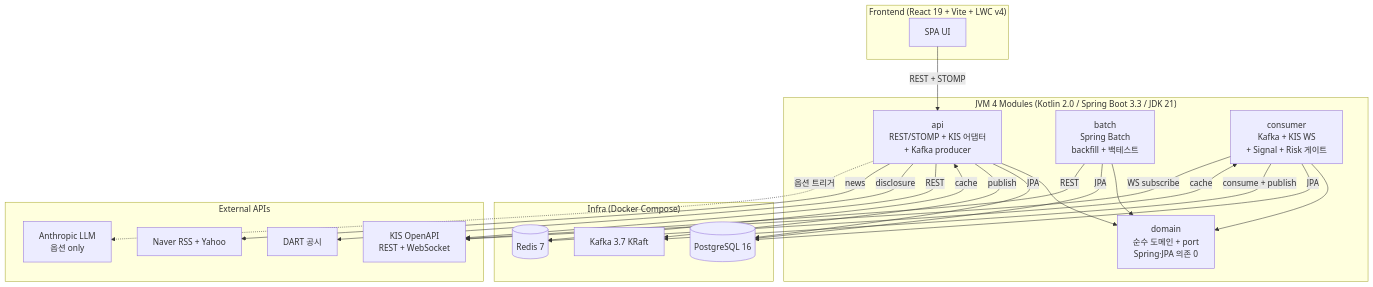
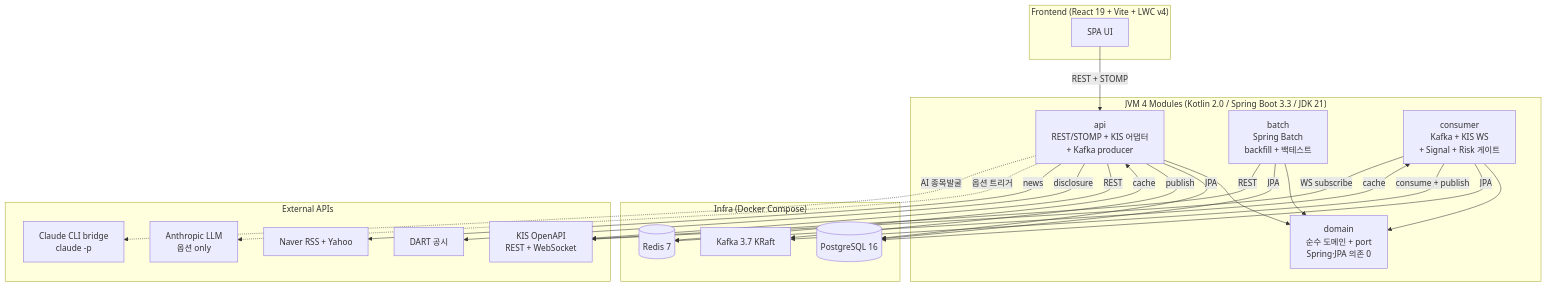
Before and after one commit to sp-daewoon/magicJar: the third of 5 diagrams in README.md, drawn with Mermaid. The commit also changed other lines of this file and 18 other files, not shown here.

````diff
--- a/README.md
+++ b/README.md
@@ -195,44 +239,46 @@
 ```mermaid
 graph TB
     subgraph FE["Frontend (React 19 + Vite + LWC v4)"]
         UI[SPA UI]
     end
 
     subgraph JVM["JVM 4 Modules (Kotlin 2.0 / Spring Boot 3.3 / JDK 21)"]
         DOM[domain<br/>순수 도메인 + port<br/>Spring·JPA 의존 0]
         API[api<br/>REST/STOMP + KIS 어댑터<br/>+ Kafka producer]
         BATCH[batch<br/>Spring Batch<br/>backfill + 백테스트]
         CONS[consumer<br/>Kafka + KIS WS<br/>+ Signal + Risk 게이트]
     end
 
     subgraph INFRA["Infra (Docker Compose)"]
         PG[(PostgreSQL 16)]
         KAFKA[Kafka 3.7 KRaft]
         REDIS[(Redis 7)]
     end
 
     subgraph EXT["External APIs"]
         KIS[KIS OpenAPI<br/>REST + WebSocket]
         DART[DART 공시]
         NEWS[Naver RSS + Yahoo]
         LLM[Anthropic LLM<br/>옵션 only]
+        CLAUDE[Claude CLI bridge<br/>claude -p]
     end
 
     UI -->|REST + STOMP| API
     API --> DOM
     BATCH --> DOM
     CONS --> DOM
     API -->|JPA| PG
     BATCH -->|JPA| PG
     CONS -->|JPA| PG
     API -->|publish| KAFKA
     CONS -->|consume + publish| KAFKA
     API <-->|cache| REDIS
     CONS <-->|cache| REDIS
     API -->|REST| KIS
     CONS -->|WS subscribe| KIS
     BATCH -->|REST| KIS
     API -->|disclosure| DART
     API -->|news| NEWS
     API -.옵션 트리거.-> LLM
+    API -.AI 종목발굴.-> CLAUDE
 ```
````
